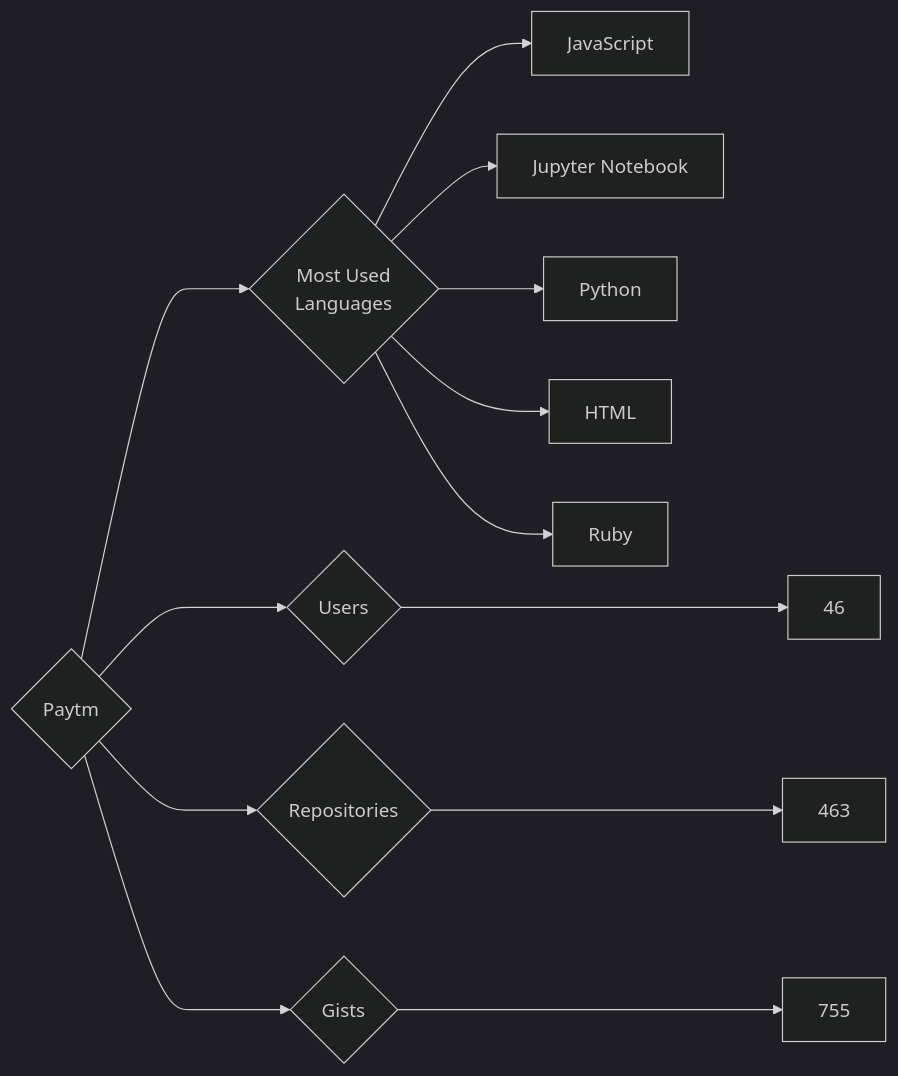
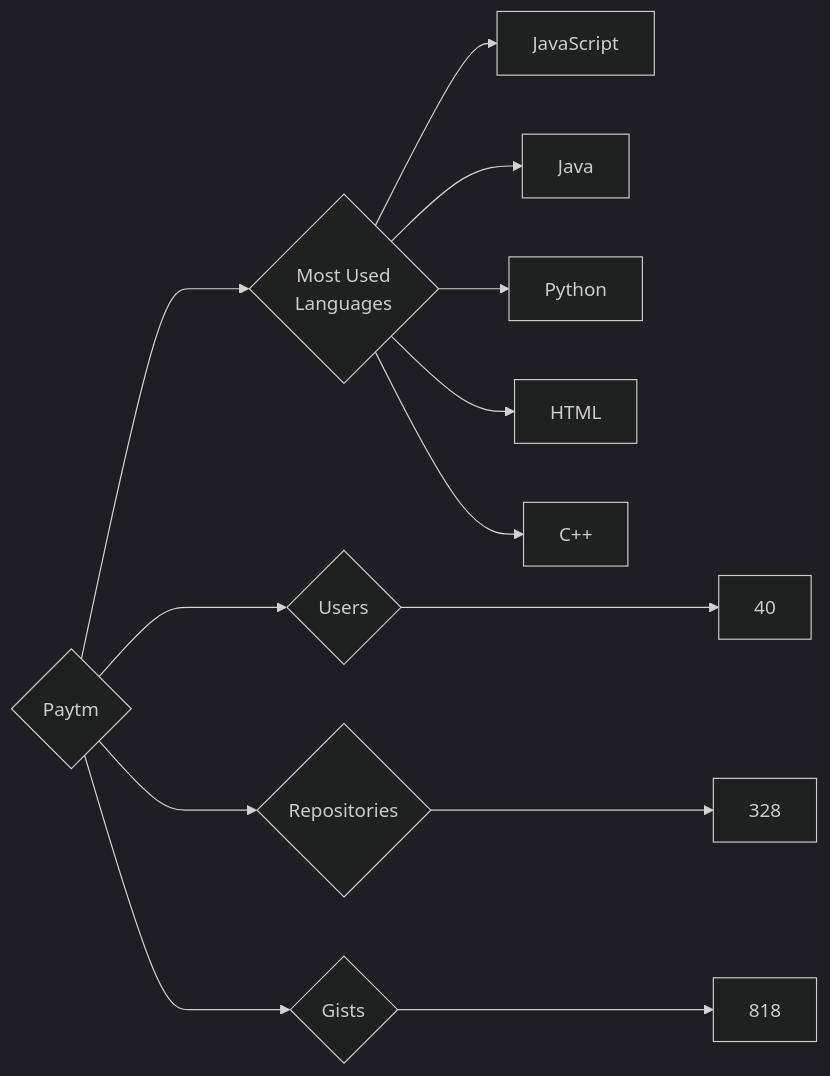
The diagram in targets/Paytm/README.md (trickest/insiders), drawn with Mermaid (dark theme) before and after one commit. The commit also changed 870 other files, not shown here.

````diff
--- a/targets/Paytm/README.md
+++ b/targets/Paytm/README.md
@@ -3,13 +3,13 @@
 ```mermaid
 graph LR
 COMPANY_NAME{Paytm}
-COMPANY_NAME ---> U{Users} ---> UN[46]
-COMPANY_NAME ---> R{Repositories} ---> RN[463]
-COMPANY_NAME ---> G{Gists} ---> GN[755]
+COMPANY_NAME ---> U{Users} ---> UN[40]
+COMPANY_NAME ---> R{Repositories} ---> RN[328]
+COMPANY_NAME ---> G{Gists} ---> GN[818]
 COMPANY_NAME ---> ML{Most Used<br>Languages}
 ML --> JavaScript[JavaScript]
-ML --> Jupyter_Notebook[Jupyter Notebook]
+ML --> Java[Java]
 ML --> Python[Python]
 ML --> HTML[HTML]
-ML --> Ruby[Ruby]
+ML --> C++[C++]
 ```
````
